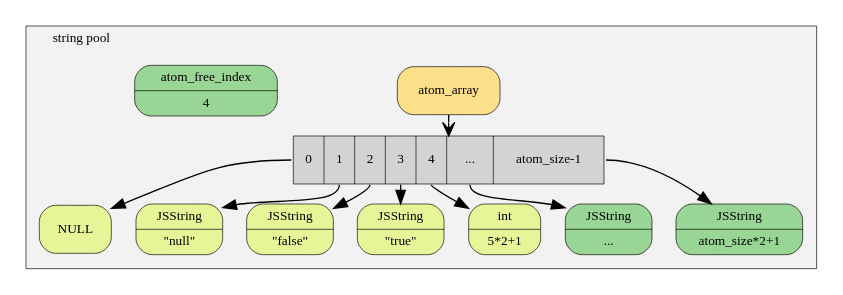
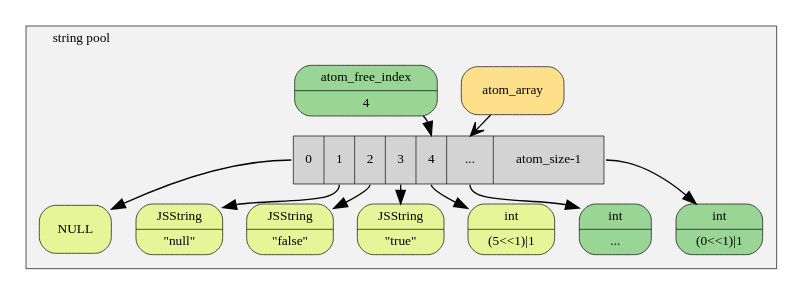
Before and after one commit to futurepaycc/QuickJS-SourceInsight: the diagram in doc/string_pool.dot, drawn with Graphviz. The commit also changed 2 other files, not shown here.

```diff
--- a/doc/string_pool.dot
+++ b/doc/string_pool.dot
@@ -1,53 +1,54 @@
 digraph {
 	compound=true
 	fontname="Inconsolata, Consolas"
 	fontsize=10
 	margin="0,0"
 	ranksep=0.2
 	penwidth=0.5
 	graph [
 		rankdir = "TR"
 	];
 	node [fontname="Inconsolata, Consolas", fontsize=10, penwidth=0.5]
 	edge [fontname="Inconsolata, Consolas", fontsize=10]
 
 	subgraph cluster1 {
 		margin="10,10"
 		labeljust="left"
 		label = "string pool"
 		style=filled
 		fillcolor=gray95
 		node [shape=Mrecord, style=filled, colorscheme=spectral7]
 		
 		root [label="{atom_array}", fillcolor=3]
 
 		{			
 			NULL [label="{NULL}", fillcolor=5]
 			null [label="{JSString|\"null\"}", fillcolor=5]
 			false [label="{JSString|\"false\"}", fillcolor=5]
 			true [label="{JSString|\"true\"}", fillcolor=5]
-			0 [label="{int|5*2+1}", fillcolor=5]
-			1 [label="{JSString|...}", fillcolor=6]
-			end [label="{JSString|atom_size*2+1}", fillcolor=6]
+			0 [label="{int|(5\<\<1)\|1}", fillcolor=5]
+			1 [label="{int|...}", fillcolor=6]
+			end [label="{int|(0\<\<1)\|1}", fillcolor=6]
 
 			atom_free_index [label="{atom_free_index|4}", fillcolor=6]
 
 			atom_array [
 			label="<f0> 0| <f1> 1| <f2> 2| <f3> 3| <f4> 4| <f5> ...| <f6> atom_size-1", 
 			shape="record"
 			];
 			"atom_array":f0 -> NULL[];
 			"atom_array":f1 -> null[];
 			"atom_array":f2 -> false[];
 			"atom_array":f3 -> true[];
 			"atom_array":f4 -> 0[];
 			"atom_array":f5 -> 1[];
 			"atom_array":f6 -> end[];
+			"atom_free_index"->"atom_array":f4[];
 		}
 
 
 
 		edge [arrowhead=vee]
 		root -> { atom_array }			
 	}
 }
```
